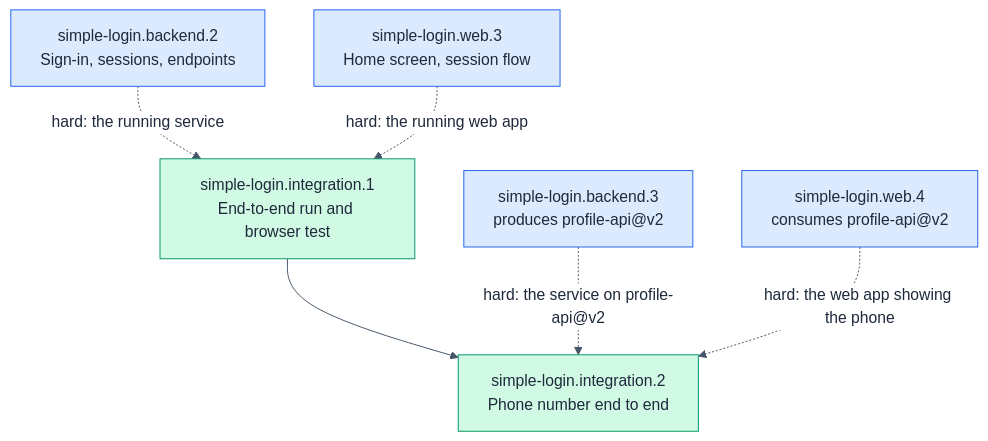
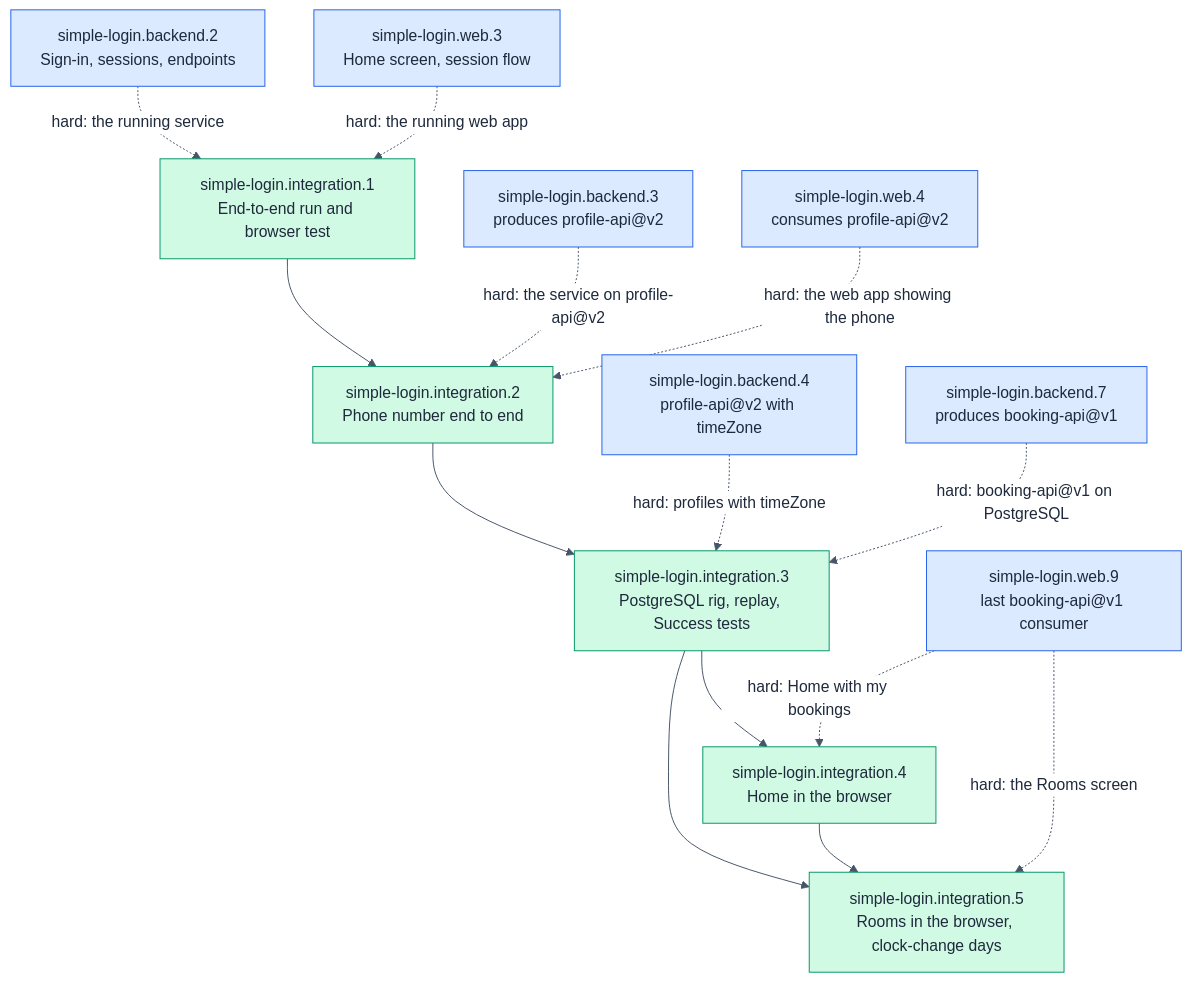
The diagram in docs/tutorial/meeting-rooms/execute/hsdd/spec/simple-login.integration.md (mpurbo/hsdd), drawn with Mermaid before and after one commit. The commit also changed other lines of this file and 10 other files, not shown here.

Commit message:
hsdd: S20 phase-plan-append simple-login.integration: Appended simple-login.integration.3 (full-review), .4 (spot-check) and .

````diff
--- a/docs/tutorial/meeting-rooms/execute/hsdd/spec/simple-login.integration.md
+++ b/docs/tutorial/meeting-rooms/execute/hsdd/spec/simple-login.integration.md
@@ -103,23 +166,45 @@
 ```mermaid
 %%{init:{'theme':'base','themeVariables':{'primaryTextColor':'#1e293b','lineColor':'#475569','edgeLabelBackground':'#ffffff','tertiaryTextColor':'#1e293b'}}}%%
 flowchart TD
     B2["simple-login.backend.2<br/>Sign-in, sessions, endpoints"]
     W3["simple-login.web.3<br/>Home screen, session flow"]
     I1["simple-login.integration.1<br/>End-to-end run and browser test"]
     B3["simple-login.backend.3<br/>produces profile-api@v2"]
     W4["simple-login.web.4<br/>consumes profile-api@v2"]
     I2["simple-login.integration.2<br/>Phone number end to end"]
 
     B2 -. "hard: the running service" .-> I1
     W3 -. "hard: the running web app" .-> I1
     I1 --> I2
     B3 -. "hard: the service on profile-api@v2" .-> I2
     W4 -. "hard: the web app showing the phone" .-> I2
 
+    B4["simple-login.backend.4<br/>profile-api@v2 with timeZone"]
+    B7["simple-login.backend.7<br/>produces booking-api@v1"]
+    W9["simple-login.web.9<br/>last booking-api@v1 consumer"]
+    I3["simple-login.integration.3<br/>PostgreSQL rig, replay, Success tests"]
+    I4["simple-login.integration.4<br/>Home in the browser"]
+    I5["simple-login.integration.5<br/>Rooms in the browser, clock-change days"]
+
+    I2 --> I3
+    B4 -. "hard: profiles with timeZone" .-> I3
+    B7 -. "hard: booking-api@v1 on PostgreSQL" .-> I3
+    I3 --> I4
+    I3 --> I5
+    I4 --> I5
+    W9 -. "hard: Home with my bookings" .-> I4
+    W9 -. "hard: the Rooms screen" .-> I5
+
     style B2 fill:#dbeafe,stroke:#2563eb,color:#1e293b
     style W3 fill:#dbeafe,stroke:#2563eb,color:#1e293b
     style I1 fill:#d1fae5,stroke:#059669,color:#1e293b
     style B3 fill:#dbeafe,stroke:#2563eb,color:#1e293b
     style W4 fill:#dbeafe,stroke:#2563eb,color:#1e293b
     style I2 fill:#d1fae5,stroke:#059669,color:#1e293b
+    style B4 fill:#dbeafe,stroke:#2563eb,color:#1e293b
+    style B7 fill:#dbeafe,stroke:#2563eb,color:#1e293b
+    style W9 fill:#dbeafe,stroke:#2563eb,color:#1e293b
+    style I3 fill:#d1fae5,stroke:#059669,color:#1e293b
+    style I4 fill:#d1fae5,stroke:#059669,color:#1e293b
+    style I5 fill:#d1fae5,stroke:#059669,color:#1e293b
 ```
````
